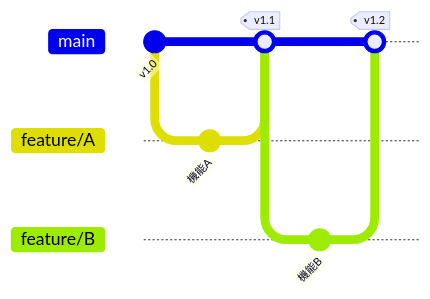
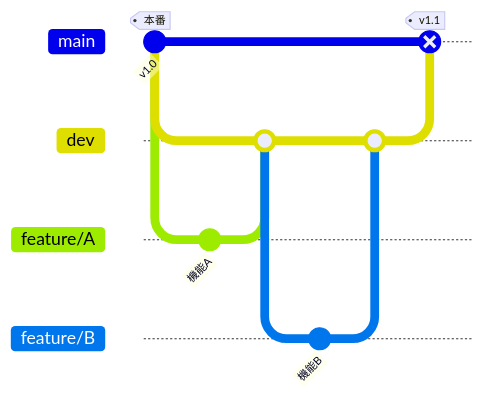
One commit to monokaai/trial_git_feature_flow changed the fourth of 4 diagrams in README.md. Above: the diagram before and after it, drawn with Mermaid. The commit also changed other lines of this file, not shown here.

First line of the commit message:
docs: Git Feature Flowの正しい定義に書き直し

````diff
--- a/README.md
+++ b/README.md
@@ -155,14 +202,19 @@
 ```mermaid
 gitGraph
-    commit id: "v1.0"
+    commit id: "v1.0" tag: "本番"
+    branch dev
+    checkout dev
 
     branch feature/A
     commit id: "機能A"
-    checkout main
-    merge feature/A tag: "v1.1"
+    checkout dev
+    merge feature/A
 
     branch feature/B
     commit id: "機能B"
+    checkout dev
+    merge feature/B
+
     checkout main
-    merge feature/B tag: "v1.2"
+    merge dev tag: "v1.1" type: REVERSE
 ```
````
